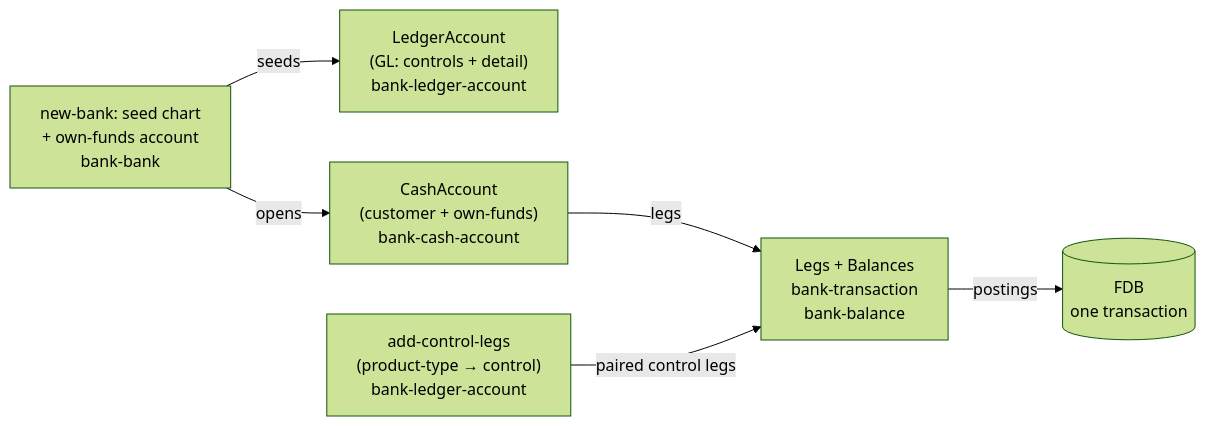
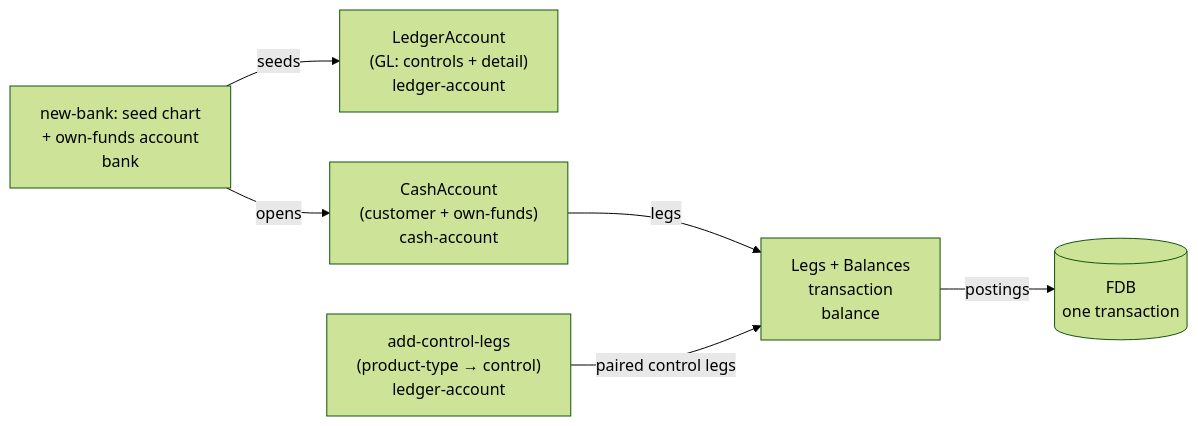
Before and after one commit to kjothen/queenswood: the diagram in docs/tdd/chart-of-accounts.md, drawn with Mermaid (forest theme). The commit also changed other lines of this file and 51 other files, not shown here.

````diff
--- a/docs/tdd/chart-of-accounts.md
+++ b/docs/tdd/chart-of-accounts.md
@@ -120,15 +120,15 @@
 ```mermaid
 graph LR
-    L["LedgerAccount<br/>(GL: controls + detail)<br/>bank-ledger-account"]
-    A["CashAccount<br/>(customer + own-funds)<br/>bank-cash-account"]
-    BANK["new-bank: seed chart<br/>+ own-funds account<br/>bank-bank"]
-    EL["add-control-legs<br/>(product-type → control)<br/>bank-ledger-account"]
-    TX["Legs + Balances<br/>bank-transaction<br/>bank-balance"]
+    L["LedgerAccount<br/>(GL: controls + detail)<br/>ledger-account"]
+    A["CashAccount<br/>(customer + own-funds)<br/>cash-account"]
+    BANK["new-bank: seed chart<br/>+ own-funds account<br/>bank"]
+    EL["add-control-legs<br/>(product-type → control)<br/>ledger-account"]
+    TX["Legs + Balances<br/>transaction<br/>balance"]
     FDB[("FDB<br/>one transaction")]
 
     BANK -->|seeds| L
     BANK -->|opens| A
     A -->|legs| TX
     EL -->|paired control legs| TX
     TX -->|postings| FDB
 ```
````
